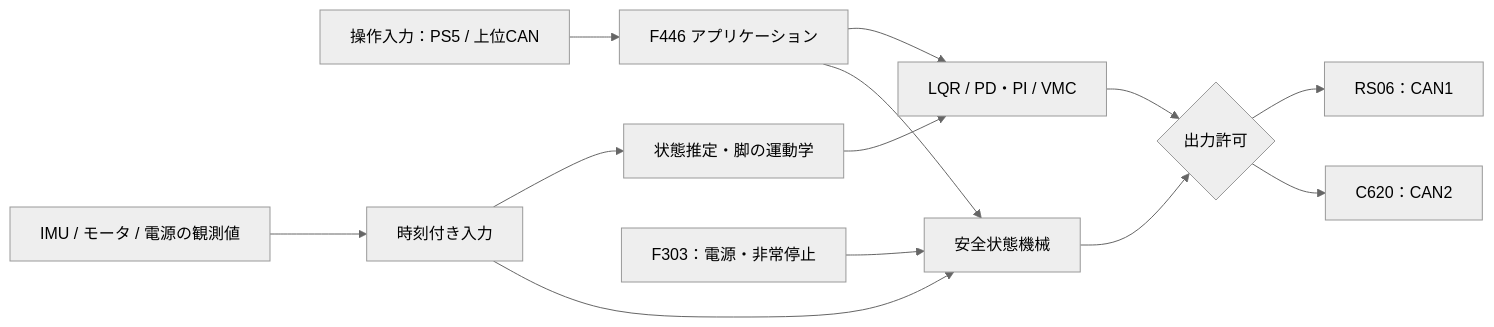
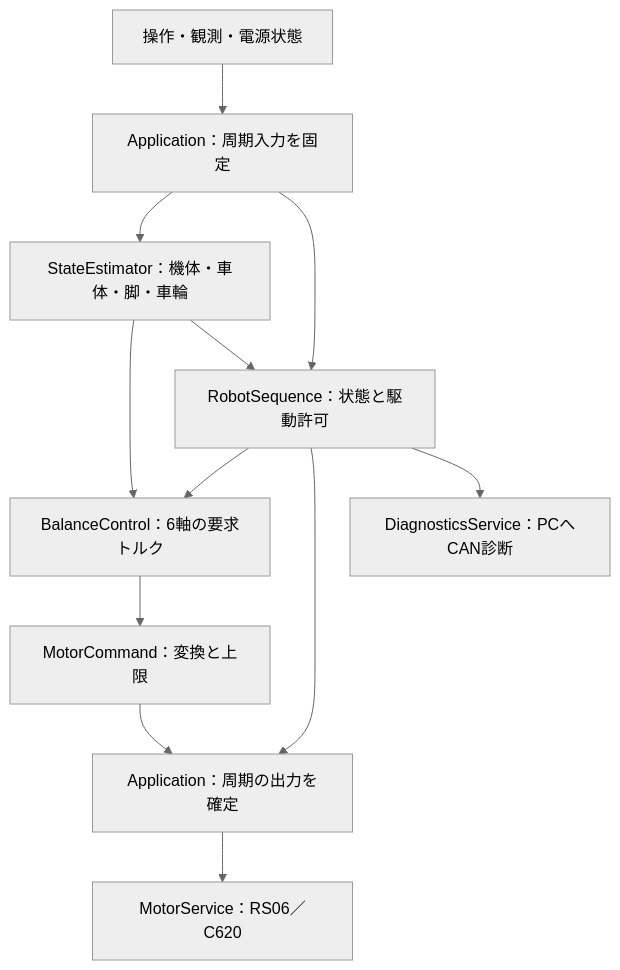
One commit to kou-pen/balancing changed the diagram in docs/architecture.md. Above: the diagram before and after it, drawn with Mermaid (neutral theme). The commit also changed other lines of this file and 13 other files, not shown here.

Commit message:
docs(f446): record C++17 public API and control diagrams (#29)

```diff
--- a/docs/architecture.md
+++ b/docs/architecture.md
@@ -7,15 +7,14 @@
 <pre class="mermaid">
-flowchart LR
-    INPUT["操作入力：PS5 / 上位CAN"] --> APP["F446 アプリケーション"]
-    SENSOR["IMU / モータ / 電源の観測値"] --> SNAP["時刻付き入力"]
-    SNAP --> EST["状態推定・脚の運動学"]
-    EST --> CTRL["LQR / PD・PI / VMC"]
-    APP --> CTRL
-    SNAP --> SAFE["安全状態機械"]
-    APP --> SAFE
-    CTRL --> GATE{"出力許可"}
-    SAFE --> GATE
-    GATE --> RS["RS06：CAN1"]
-    GATE --> C620["C620：CAN2"]
-    PWR["F303：電源・非常停止"] --> SAFE
+flowchart TB
+    INPUT["操作・観測・電源状態"] --> APP["Application：周期入力を固定"]
+    APP --> EST["StateEstimator：機体・車体・脚・車輪"]
+    APP --> SEQ["RobotSequence：状態と駆動許可"]
+    EST --> CTRL["BalanceControl：6軸の要求トルク"]
+    EST --> SEQ
+    SEQ --> CTRL
+    CTRL --> CMD["MotorCommand：変換と上限"]
+    CMD --> FINAL["Application：周期の出力を確定"]
+    SEQ --> FINAL
+    FINAL --> MOTOR["MotorService：RS06／C620"]
+    SEQ --> DIAG["DiagnosticsService：PCへCAN診断"]
 </pre>
```
